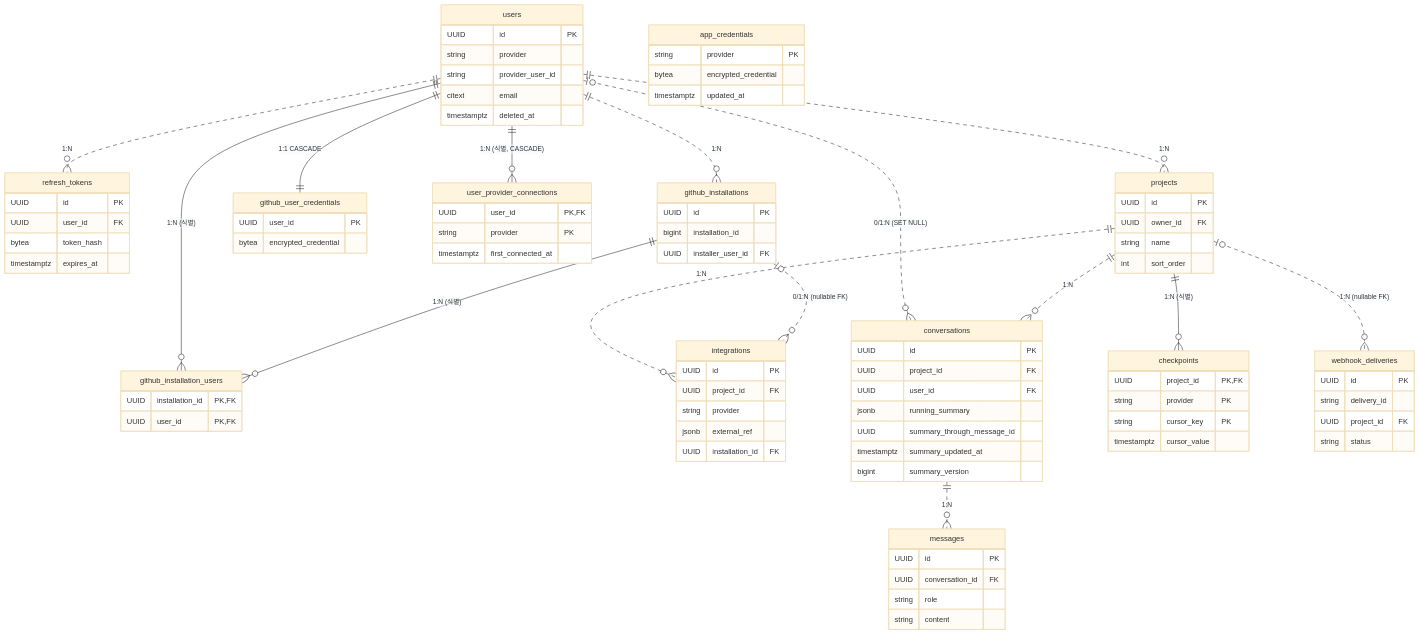
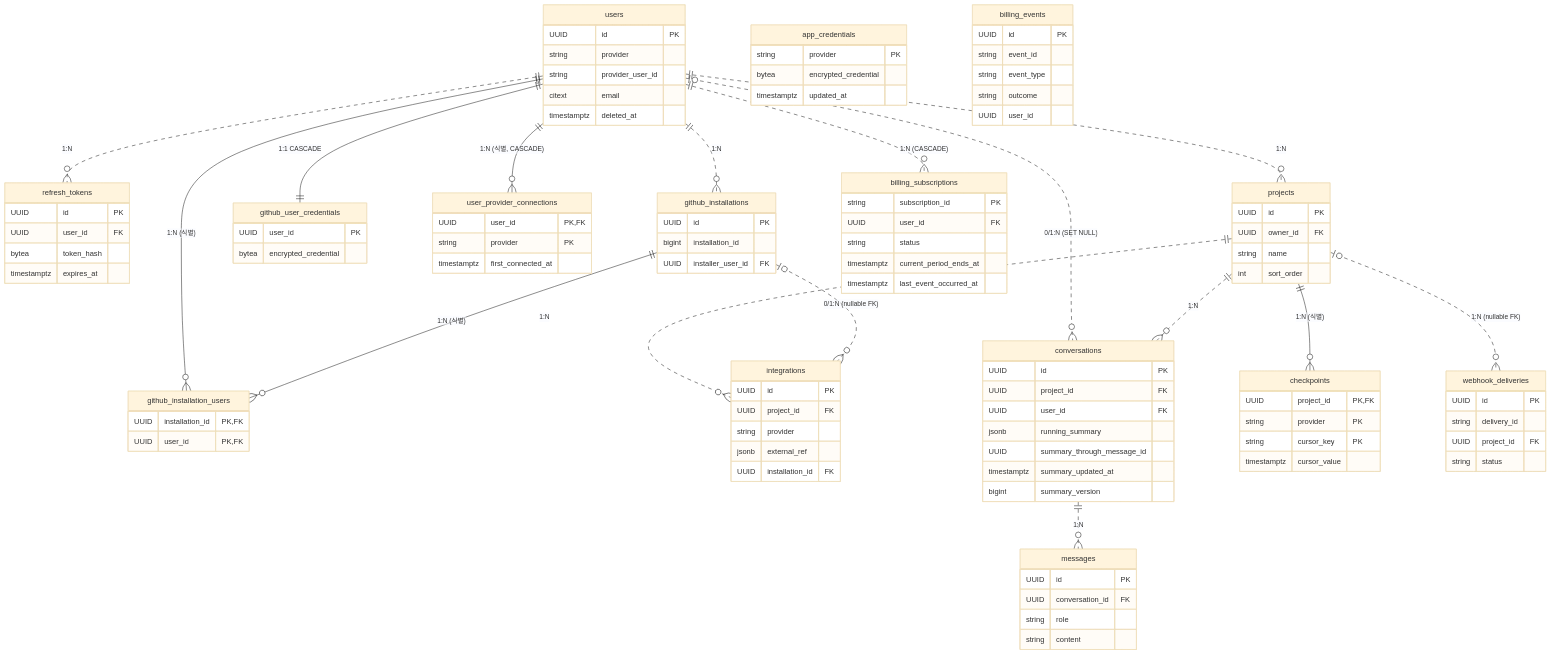
Before and after one commit to se-zero/history-tracker: the diagram in docs/DB.md, drawn with Mermaid (base theme). The commit also changed other lines of this file and 5 other files, not shown here.

````diff
--- a/docs/DB.md
+++ b/docs/DB.md
@@ -88,6 +88,20 @@
         bytea encrypted_credential
         timestamptz updated_at
     }
+    billing_subscriptions {
+        string subscription_id PK
+        UUID user_id FK
+        string status
+        timestamptz current_period_ends_at
+        timestamptz last_event_occurred_at
+    }
+    billing_events {
+        UUID id PK
+        string event_id
+        string event_type
+        string outcome
+        UUID user_id
+    }
 
     users          ||..o{ refresh_tokens        : "1:N"
     users          ||--|| github_user_credentials : "1:1 CASCADE"
@@ -103,4 +117,5 @@
     projects       ||--o{ checkpoints           : "1:N  (식별)"
     github_installations |o..o{ integrations   : "0/1:N  (nullable FK)"
     conversations  ||..o{ messages              : "1:N"
+    users          ||..o{ billing_subscriptions : "1:N  (CASCADE)"
 ```
````
